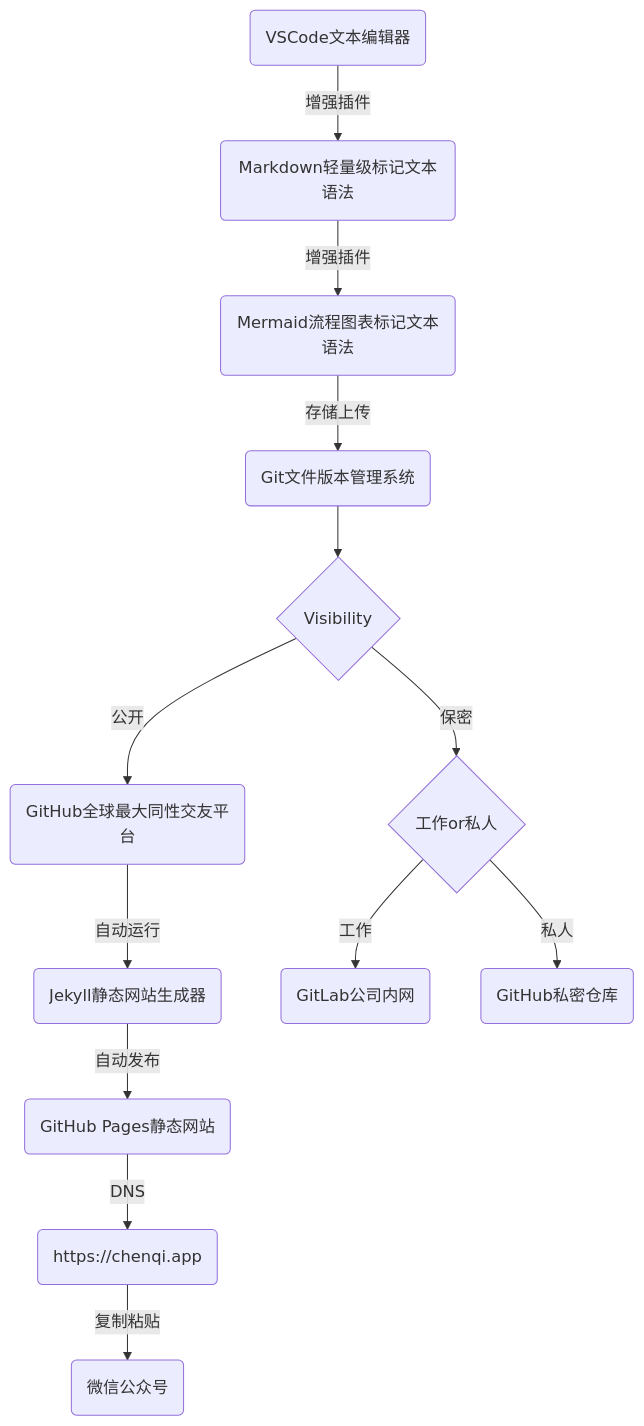
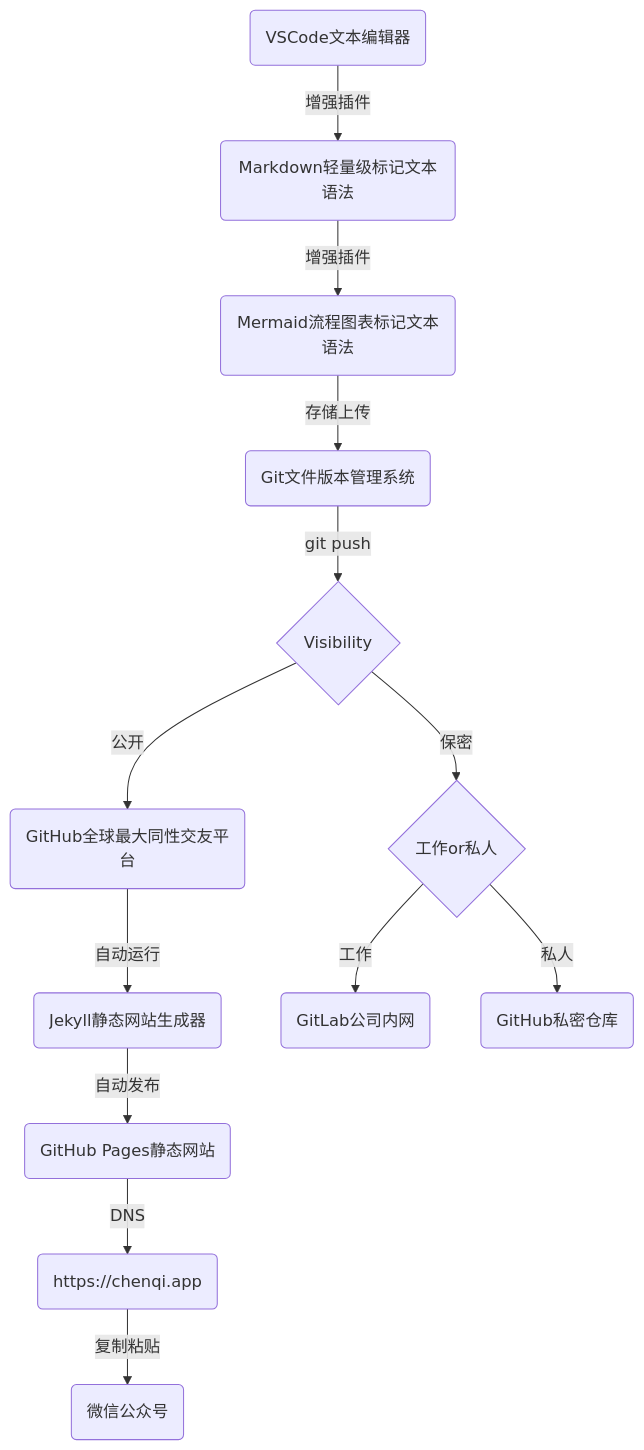
The diagram in _posts/2020-07-19-github-pages-jekyll-mermaid-async.md (9468305/9468305.github.io), drawn with Mermaid before and after one commit. The commit also changed other lines of this file, not shown here.

````diff
--- a/_posts/2020-07-19-github-pages-jekyll-mermaid-async.md
+++ b/_posts/2020-07-19-github-pages-jekyll-mermaid-async.md
@@ -15,30 +15,30 @@
 ```mermaid
 graph TB
     vsc(VSCode文本编辑器)
     md(Markdown轻量级标记文本语法)
     mm(Mermaid流程图表标记文本语法)
     git(Git文件版本管理系统)
     gh(GitHub全球最大同性交友平台)
     ghp(GitHub Pages静态网站)
     jk(Jekyll静态网站生成器)
     cqa(https://chenqi.app)
     mp(微信公众号)
 
     gl(GitLab公司内网)
     ghv(GitHub私密仓库)
 
     vsc -->|增强插件|md
     md -->|增强插件|mm
     mm -->|存储上传|git
-    git -->v{Visibility}
+    git -->|git push|v{Visibility}
     v -->|公开|gh
     v -->|保密|wp{工作or私人}
 
     gh -->|自动运行|jk
     jk -->|自动发布|ghp
     ghp -->|DNS|cqa
     cqa -->|复制粘贴|mp
 
     wp -->|工作|gl
     wp -->|私人|ghv
 ```
````
